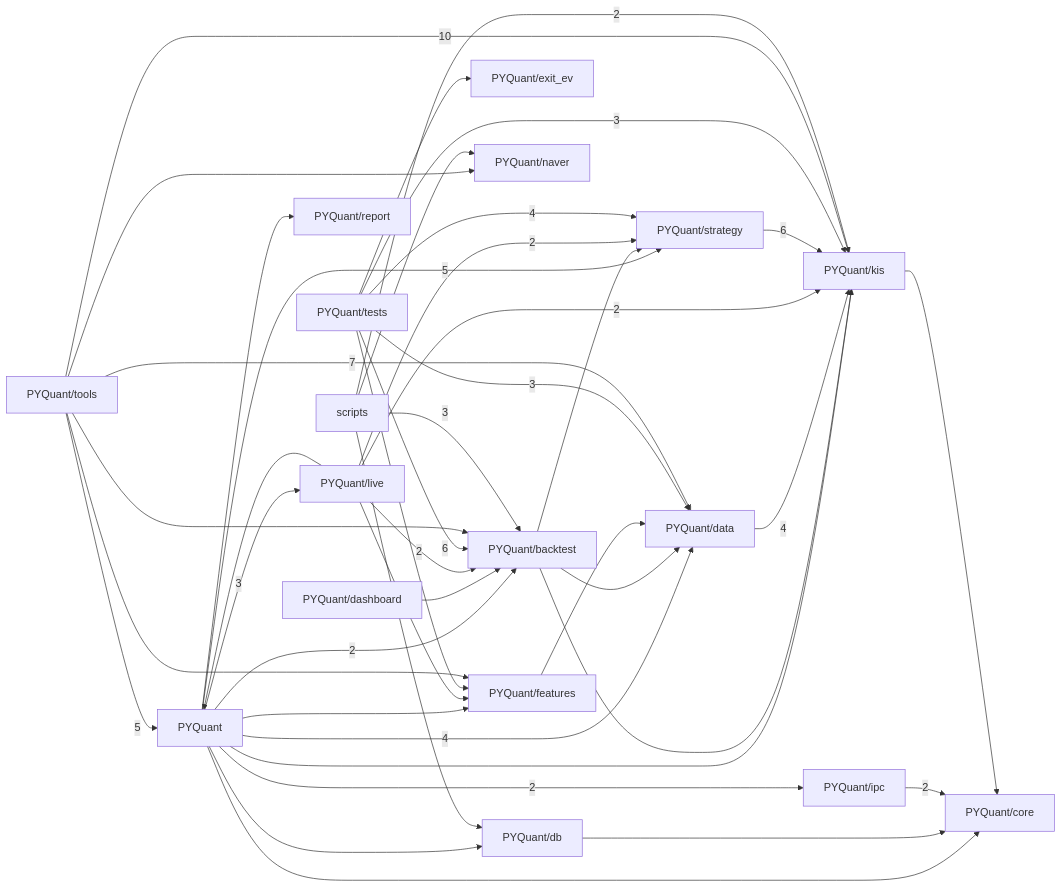
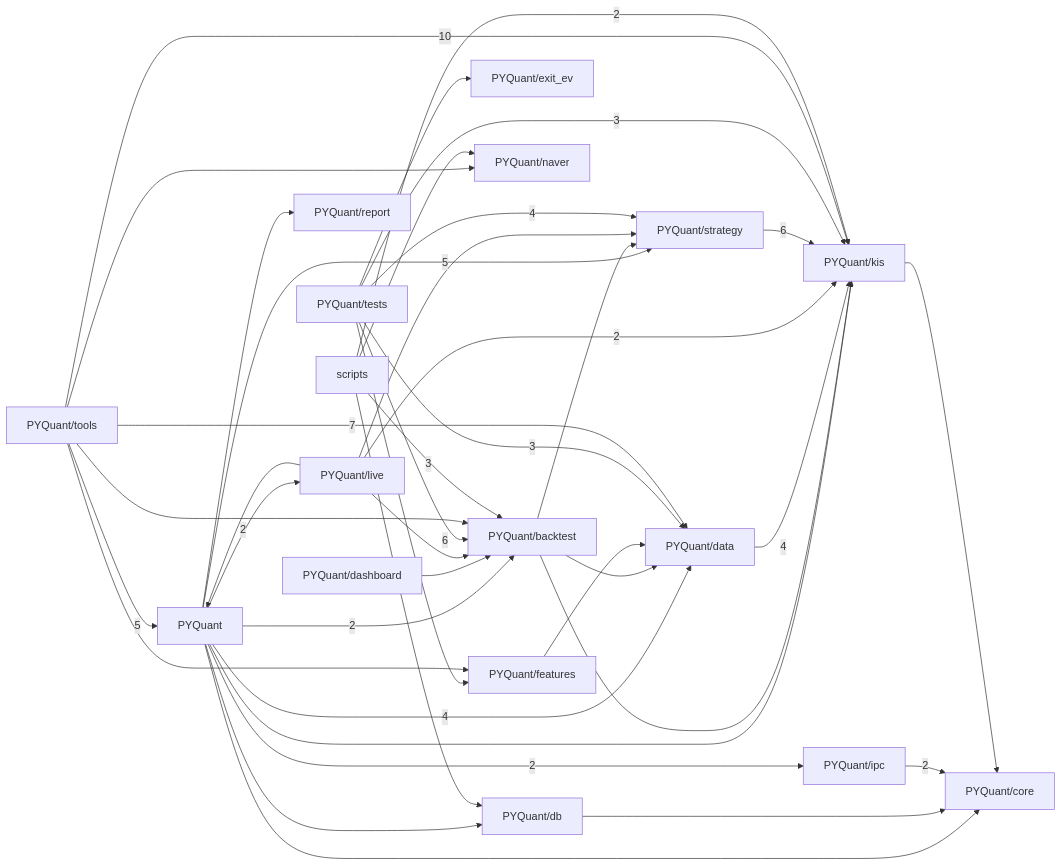
One commit to pypy8171/Quant changed the third of 3 diagrams in docs/CODE_GRAPH.md. Above: the diagram before and after it, drawn with Mermaid. The commit also changed other lines of this file and 25 other files, not shown here.

````diff
--- a/docs/CODE_GRAPH.md
+++ b/docs/CODE_GRAPH.md
@@ -422,61 +434,59 @@
 ```mermaid
 graph LR
   p_PYQuant["PYQuant"]
   p_PYQuant_backtest["PYQuant/backtest"]
   p_PYQuant_core["PYQuant/core"]
   p_PYQuant_dashboard["PYQuant/dashboard"]
   p_PYQuant_data["PYQuant/data"]
   p_PYQuant_db["PYQuant/db"]
   p_PYQuant_exit_ev["PYQuant/exit_ev"]
   p_PYQuant_features["PYQuant/features"]
   p_PYQuant_ipc["PYQuant/ipc"]
   p_PYQuant_kis["PYQuant/kis"]
   p_PYQuant_live["PYQuant/live"]
   p_PYQuant_naver["PYQuant/naver"]
   p_PYQuant_report["PYQuant/report"]
   p_PYQuant_strategy["PYQuant/strategy"]
   p_PYQuant_tests["PYQuant/tests"]
   p_PYQuant_tools["PYQuant/tools"]
   p_scripts["scripts"]
   p_PYQuant -->|2| p_PYQuant_backtest
   p_PYQuant --> p_PYQuant_core
   p_PYQuant -->|4| p_PYQuant_data
   p_PYQuant --> p_PYQuant_db
-  p_PYQuant --> p_PYQuant_features
   p_PYQuant -->|2| p_PYQuant_ipc
   p_PYQuant --> p_PYQuant_kis
-  p_PYQuant -->|3| p_PYQuant_live
+  p_PYQuant -->|2| p_PYQuant_live
   p_PYQuant --> p_PYQuant_report
   p_PYQuant -->|5| p_PYQuant_strategy
   p_PYQuant_backtest --> p_PYQuant_data
   p_PYQuant_backtest --> p_PYQuant_kis
   p_PYQuant_backtest --> p_PYQuant_strategy
   p_PYQuant_dashboard --> p_PYQuant_backtest
   p_PYQuant_data -->|4| p_PYQuant_kis
   p_PYQuant_db --> p_PYQuant_core
   p_PYQuant_features --> p_PYQuant_data
   p_PYQuant_ipc -->|2| p_PYQuant_core
   p_PYQuant_kis --> p_PYQuant_core
   p_PYQuant_live --> p_PYQuant
-  p_PYQuant_live -->|2| p_PYQuant_backtest
-  p_PYQuant_live --> p_PYQuant_features
+  p_PYQuant_live --> p_PYQuant_backtest
   p_PYQuant_live -->|2| p_PYQuant_kis
-  p_PYQuant_live -->|2| p_PYQuant_strategy
+  p_PYQuant_live --> p_PYQuant_strategy
   p_PYQuant_strategy -->|6| p_PYQuant_kis
   p_PYQuant_tests -->|6| p_PYQuant_backtest
   p_PYQuant_tests -->|3| p_PYQuant_data
   p_PYQuant_tests --> p_PYQuant_exit_ev
   p_PYQuant_tests --> p_PYQuant_features
   p_PYQuant_tests -->|3| p_PYQuant_kis
   p_PYQuant_tests -->|4| p_PYQuant_strategy
   p_PYQuant_tools -->|5| p_PYQuant
   p_PYQuant_tools --> p_PYQuant_backtest
   p_PYQuant_tools -->|7| p_PYQuant_data
   p_PYQuant_tools --> p_PYQuant_features
   p_PYQuant_tools -->|10| p_PYQuant_kis
   p_PYQuant_tools --> p_PYQuant_naver
   p_scripts -->|3| p_PYQuant_backtest
   p_scripts --> p_PYQuant_db
   p_scripts -->|2| p_PYQuant_kis
   p_scripts --> p_PYQuant_naver
 ```
````
